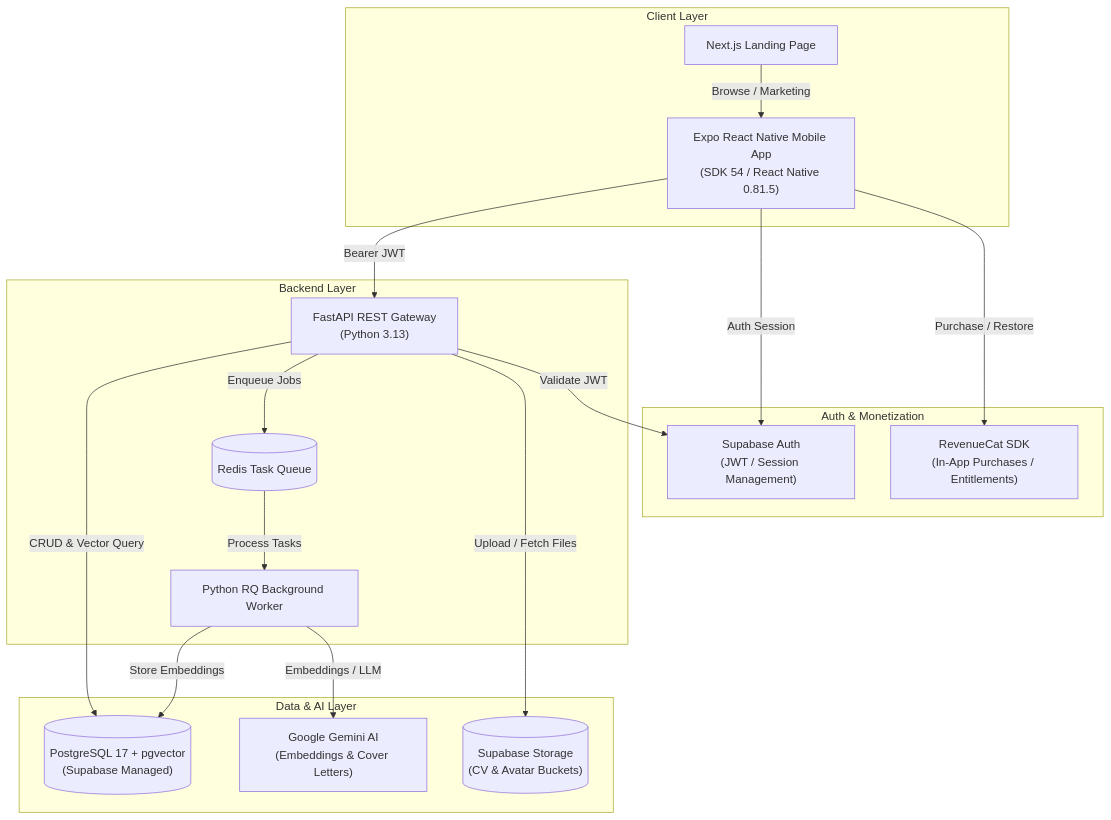
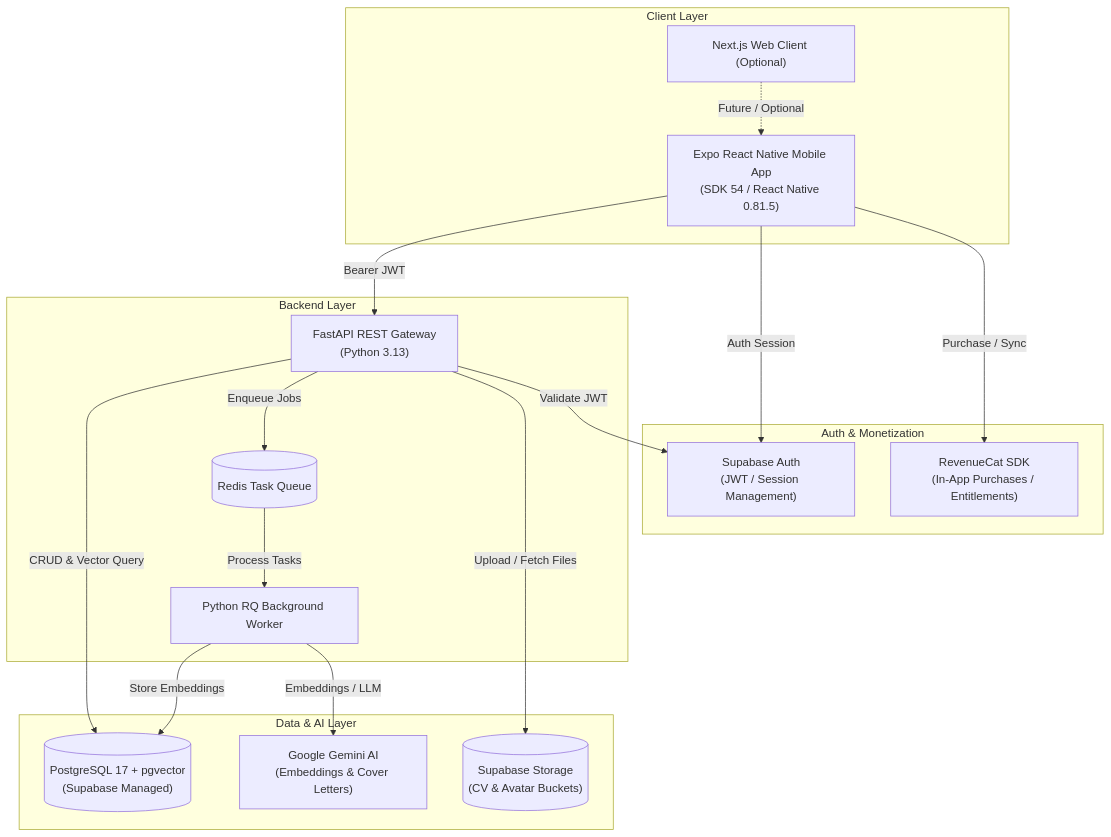
Before and after one commit to AISSCLUB/InternMatch-AI: the diagram in README.md, drawn with Mermaid. The commit also changed other lines of this file and 7 other files, not shown here.

````diff
--- a/README.md
+++ b/README.md
@@ -85,37 +85,37 @@
 ```mermaid
 flowchart TD
     subgraph Client["Client Layer"]
         Mobile["Expo React Native Mobile App<br/>(SDK 54 / React Native 0.81.5)"]
-        Web["Next.js Landing Page"]
+        Web["Next.js Web Client (Optional)"]
     end
 
     subgraph AuthMonetization["Auth & Monetization"]
         SupaAuth["Supabase Auth<br/>(JWT / Session Management)"]
         RC["RevenueCat SDK<br/>(In-App Purchases / Entitlements)"]
     end
 
     subgraph Backend["Backend Layer"]
         API["FastAPI REST Gateway<br/>(Python 3.13)"]
         Worker["Python RQ Background Worker"]
         Redis[("Redis Task Queue")]
     end
 
     subgraph DataAI["Data & AI Layer"]
         DB[("PostgreSQL 17 + pgvector<br/>(Supabase Managed)")]
         Gemini["Google Gemini AI<br/>(Embeddings & Cover Letters)"]
         Storage[("Supabase Storage<br/>(CV & Avatar Buckets)")]
     end
 
     Mobile -->|Bearer JWT| API
     Mobile -->|Auth Session| SupaAuth
-    Mobile -->|Purchase / Restore| RC
-    Web -->|Browse / Marketing| Mobile
+    Mobile -->|Purchase / Sync| RC
+    Web -.->|Future / Optional| Mobile
 
     API -->|Validate JWT| SupaAuth
     API -->|Enqueue Jobs| Redis
     Redis -->|Process Tasks| Worker
     Worker -->|Embeddings / LLM| Gemini
     Worker -->|Store Embeddings| DB
     API -->|CRUD & Vector Query| DB
     API -->|Upload / Fetch Files| Storage
 ```
````
